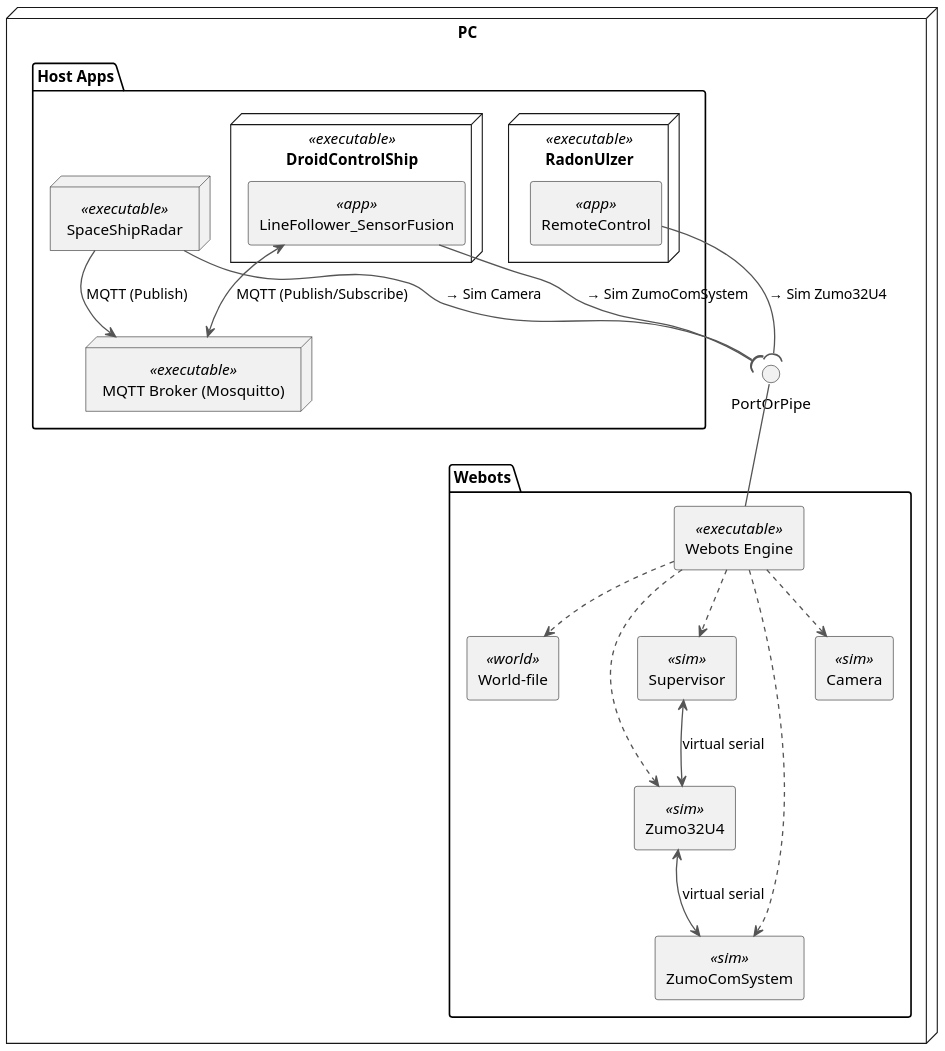
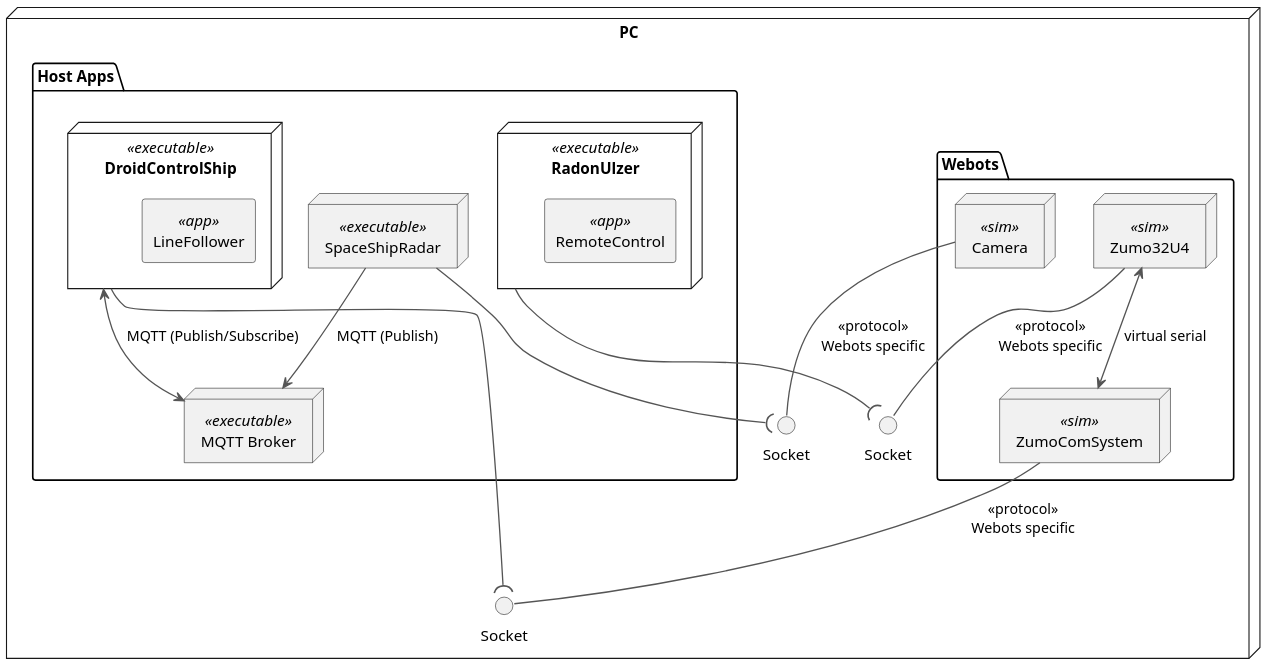
Before and after one commit to BlueAndi/DroidControlShip: the diagram in doc/SensorFusion/architecture/DeploymentDiagram_Simulation_SensorFusion.puml, drawn with PlantUML. The commit also changed 4 other files, not shown here.

Commit message:
DeploymentDiagram

```diff
--- a/doc/SensorFusion/architecture/DeploymentDiagram_Simulation_SensorFusion.puml
+++ b/doc/SensorFusion/architecture/DeploymentDiagram_Simulation_SensorFusion.puml
@@ -1,52 +1,43 @@
 @startuml ZumoSim_MQTT
 skinparam dpi 150
 skinparam componentStyle rectangle
 skinparam ArrowColor #555
 skinparam ArrowThickness 1.2
 skinparam defaultFontName Helvetica
 
 node "PC" as PC {
 
   package "Webots" {
-    component "World-file" <<world>> as world
-    component "Webots Engine" <<executable>> as wbsim
-    component "Zumo32U4" <<sim>> as wbZumo
-    component "ZumoComSystem" <<sim>> as wbDcs
-    component "Supervisor" <<sim>> as wbSupervisor
-    component "Camera" <<sim>> as wbCamera
-
-    wbsim ..> world
-    wbsim ..> wbZumo
-    wbsim ..> wbDcs
-    wbsim ..> wbSupervisor
-    wbsim ..> wbCamera
+    node "Zumo32U4" <<sim>> as wbZumo
+    node "ZumoComSystem" <<sim>> as wbDcs
+    node "Camera" <<sim>> as wbCamera
   }
 
   package "Host Apps" {
     node "DroidControlShip" <<executable>> as DCS {
-      component "LineFollower_SensorFusion" <<app>> as LineFollowerApp
+      component "LineFollower" <<app>> as LineFollowerApp
     }
     node "RadonUlzer" <<executable>> as RadonUlzer {
       component "RemoteControl" <<app>> as RemoteControlApp
     }
     node "SpaceShipRadar" <<executable>> as ssr
-    node "MQTT Broker (Mosquitto)" <<executable>> as broker
+    node "MQTT Broker" <<executable>> as broker
   }
 
-  ' Webots Controller API (TCP/Port/Pipe)
-  interface PortOrPipe
+  interface "Socket" as SocketCamera
+  interface "Socket" as SocketDCS
+  interface "Socket" as SocketRemoteCTRL
 
-  ' Controller-API Verbindungen
-  wbsim -u-() PortOrPipe
-  LineFollowerApp --( PortOrPipe : → Sim ZumoComSystem
-  RemoteControlApp  --( PortOrPipe : → Sim Zumo32U4
-  ssr --( PortOrPipe : → Sim Camera
+  wbCamera --() SocketCamera: <<protocol>>\nWebots specific
+  ssr --( SocketCamera
+  wbDcs --() SocketDCS: <<protocol>>\nWebots specific
+  DCS --( SocketDCS
+  wbZumo --() SocketRemoteCTRL: <<protocol>>\nWebots specific
+  RadonUlzer --( SocketRemoteCTRL
 
-  ' Virtuelle serielle Links in Webots
+
   wbZumo <--> wbDcs : virtual serial
-  wbSupervisor <--> wbZumo : virtual serial
-
   ssr --> broker : MQTT (Publish)
-  LineFollowerApp <--> broker : MQTT (Publish/Subscribe)
+  DCS <--> broker : MQTT (Publish/Subscribe)
 }
 @enduml
```
